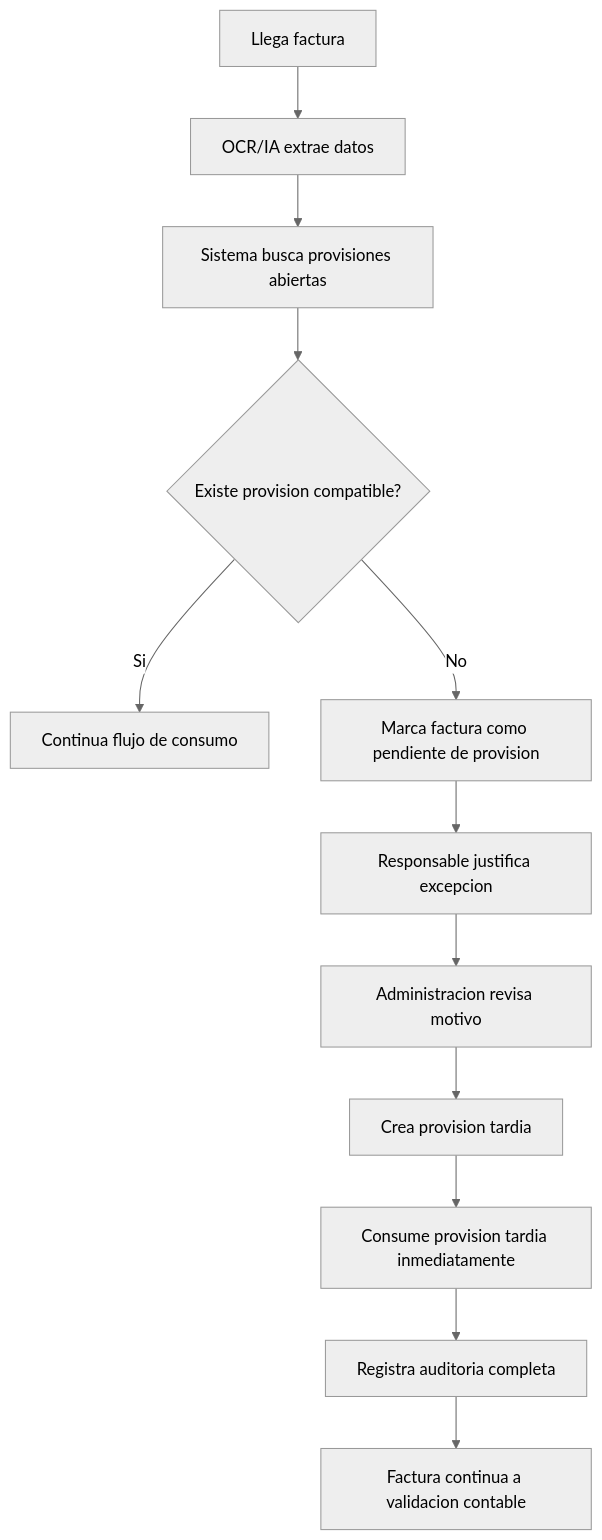
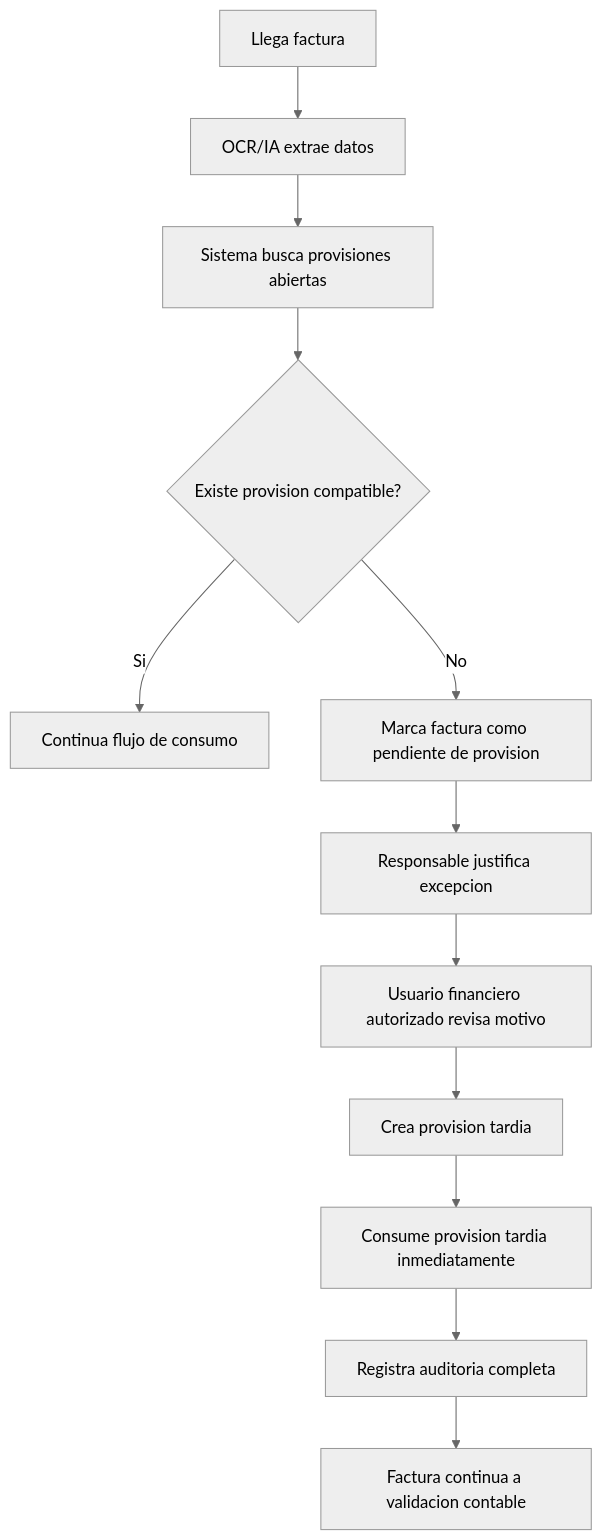
The fifth of 14 diagrams in docs/diagramas_flujo.md (easydev9/ProvCore), drawn with Mermaid (neutral theme) before and after one commit. The commit also changed other lines of this file and 20 other files, not shown here.

````diff
--- a/docs/diagramas_flujo.md
+++ b/docs/diagramas_flujo.md
@@ -97,14 +97,14 @@
 ```mermaid
 flowchart TD
     A[Llega factura] --> B[OCR/IA extrae datos]
     B --> C[Sistema busca provisiones abiertas]
     C --> D{Existe provision compatible?}
     D -- Si --> E[Continua flujo de consumo]
     D -- No --> F[Marca factura como pendiente de provision]
     F --> G[Responsable justifica excepcion]
-    G --> H[Administracion revisa motivo]
+    G --> H[Usuario financiero autorizado revisa motivo]
     H --> I[Crea provision tardia]
     I --> J[Consume provision tardia inmediatamente]
     J --> K[Registra auditoria completa]
     K --> L[Factura continua a validacion contable]
 ```
````
